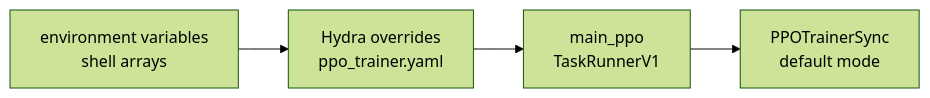
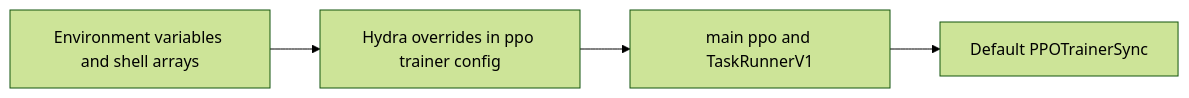
The first of 2 diagrams in wiki/02_engineering/04_posttrain_frameworks/verl/02_verl_quickstart_guide.md (suhaibo666/llm-knowledge), drawn with Mermaid (forest theme) before and after one commit. The commit also changed other lines of this file and 30 other files, not shown here.

````diff
--- a/wiki/02_engineering/04_posttrain_frameworks/verl/02_verl_quickstart_guide.md
+++ b/wiki/02_engineering/04_posttrain_frameworks/verl/02_verl_quickstart_guide.md
@@ -80,6 +81,6 @@
 ```mermaid
 flowchart LR
-    A["environment variables<br/>shell arrays"] --> B["Hydra overrides<br/>ppo_trainer.yaml"]
-    B --> C["main_ppo<br/>TaskRunnerV1"]
-    C --> D["PPOTrainerSync<br/>default mode"]
+    A["Environment variables and shell arrays"] --> B["Hydra overrides in ppo trainer config"]
+    B --> C["main ppo and TaskRunnerV1"]
+    C --> D["Default PPOTrainerSync"]
 ```
````
